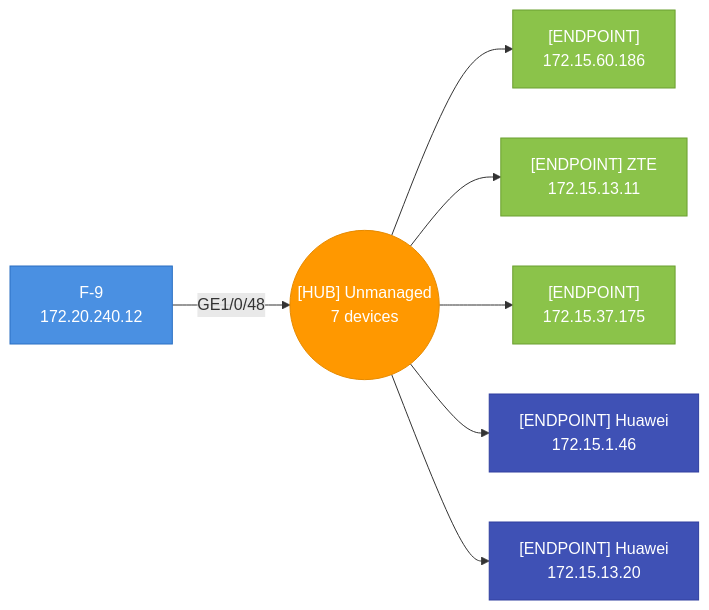
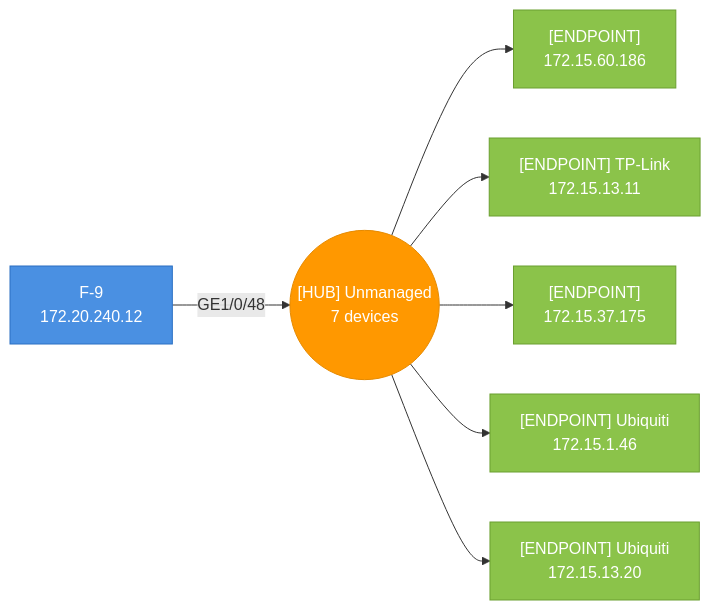
One commit to djamic/LLDP-Skanner-Go changed the second of 38 diagrams in testdata/golden/audit_default.md. Above: the diagram before and after it, drawn with Mermaid. The commit also changed other lines of this file and 11 other files, not shown here.

````diff
--- a/testdata/golden/audit_default.md
+++ b/testdata/golden/audit_default.md
@@ -1341,23 +1281,23 @@
 ```mermaid
 graph LR
   hub_4caea327768a_p48(("[HUB] Unmanaged<br>7 devices"))
   4caea327768a["F-9<br>172.20.240.12"]
   4caea327768a-- "GE1/0/48" -->hub_4caea327768a_p48
   style 4caea327768a fill:#4A90E2,stroke:#2A6FC2,color:#fff
   1068380a0779["[ENDPOINT]<br>172.15.60.186"]
   hub_4caea327768a_p48-->1068380a0779
   style 1068380a0779 fill:#8BC34A,stroke:#6B9F30,color:#fff
-  54af9782f4c4["[ENDPOINT] ZTE<br>172.15.13.11"]
+  54af9782f4c4["[ENDPOINT] TP-Link<br>172.15.13.11"]
   hub_4caea327768a_p48-->54af9782f4c4
   style 54af9782f4c4 fill:#8BC34A,stroke:#6B9F30,color:#fff
   563a98b65c1a["[ENDPOINT]<br>172.15.37.175"]
   hub_4caea327768a_p48-->563a98b65c1a
   style 563a98b65c1a fill:#8BC34A,stroke:#6B9F30,color:#fff
-  7845587c874f["[ENDPOINT] Huawei<br>172.15.1.46"]
+  7845587c874f["[ENDPOINT] Ubiquiti<br>172.15.1.46"]
   hub_4caea327768a_p48-->7845587c874f
-  style 7845587c874f fill:#3F51B5,stroke:#303F9F,color:#fff
-  7845587c87a0["[ENDPOINT] Huawei<br>172.15.13.20"]
+  style 7845587c874f fill:#8BC34A,stroke:#6B9F30,color:#fff
+  7845587c87a0["[ENDPOINT] Ubiquiti<br>172.15.13.20"]
   hub_4caea327768a_p48-->7845587c87a0
-  style 7845587c87a0 fill:#3F51B5,stroke:#303F9F,color:#fff
+  style 7845587c87a0 fill:#8BC34A,stroke:#6B9F30,color:#fff
   style hub_4caea327768a_p48 fill:#FF9800,stroke:#E68A00,color:#fff
 ```
````
